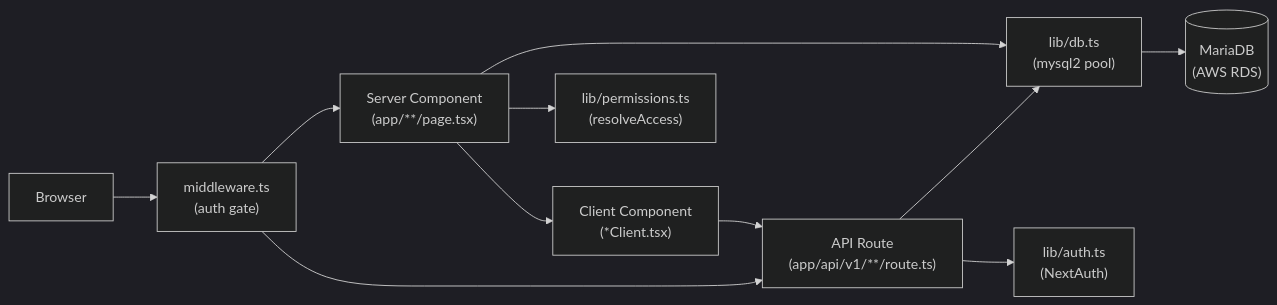
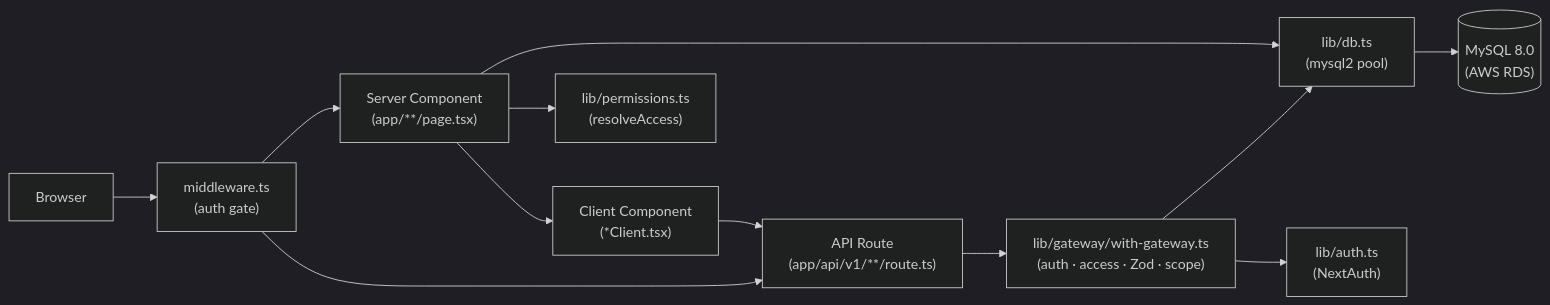
The first of 3 diagrams in erp_project/docs/architecture.md (ERP-PreFg-Admin/ERP-Prefg-Tool), drawn with Mermaid (dark theme) before and after one commit. The commit also changed other lines of this file and 41 other files, not shown here.

````diff
--- a/erp_project/docs/architecture.md
+++ b/erp_project/docs/architecture.md
@@ -32,13 +32,14 @@
 ```mermaid
 flowchart LR
     Browser["Browser"] --> MW["middleware.ts\n(auth gate)"]
     MW --> SC["Server Component\n(app/**/page.tsx)"]
     MW --> AR["API Route\n(app/api/v1/**/route.ts)"]
     SC --> LDB["lib/db.ts\n(mysql2 pool)"]
     SC --> LP["lib/permissions.ts\n(resolveAccess)"]
-    AR --> LDB
-    AR --> LA["lib/auth.ts\n(NextAuth)"]
-    LDB --> DB[("MariaDB\n(AWS RDS)")]
+    AR --> GW["lib/gateway/with-gateway.ts\n(auth · access · Zod · scope)"]
+    GW --> LDB
+    GW --> LA["lib/auth.ts\n(NextAuth)"]
+    LDB --> DB[("MySQL 8.0\n(AWS RDS)")]
     SC --> CC["Client Component\n(*Client.tsx)"]
     CC --> AR
 ```
````
